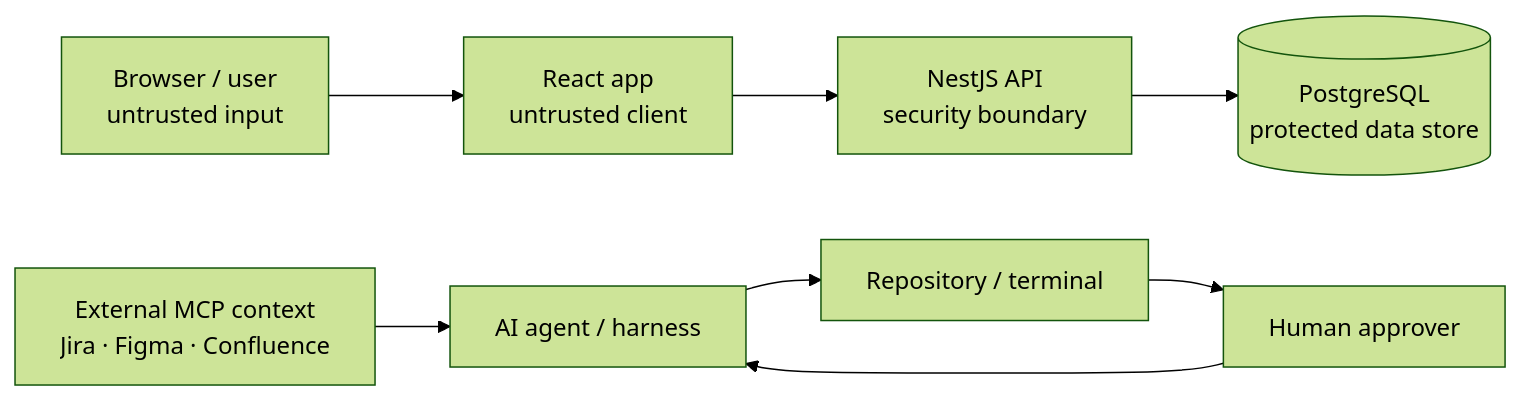
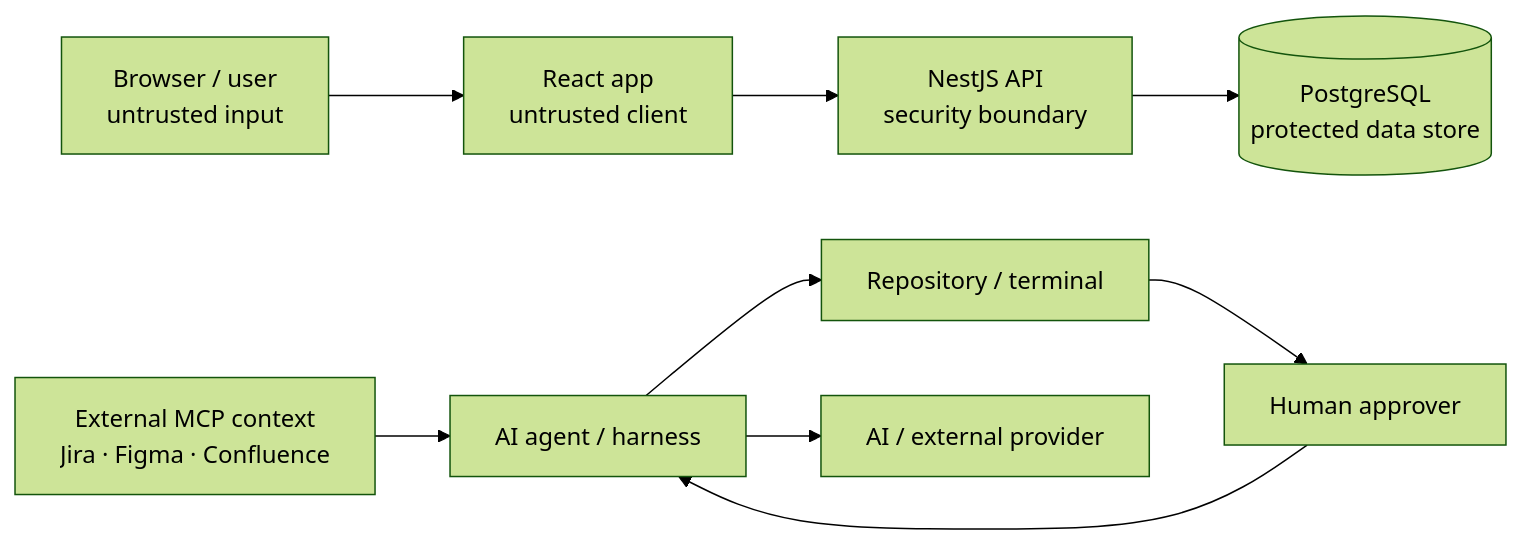
Before and after one commit to next-mmo/agent-full-stack-workflow: the diagram in docs/SECURITY_MODEL.md, drawn with Mermaid (forest theme). The commit also changed other lines of this file, not shown here.

````diff
--- a/docs/SECURITY_MODEL.md
+++ b/docs/SECURITY_MODEL.md
@@ -7,17 +9,19 @@
 ```mermaid
 flowchart LR
     User[Browser / user\nuntrusted input]
     Web[React app\nuntrusted client]
     API[NestJS API\nsecurity boundary]
     DB[(PostgreSQL\nprotected data store)]
 
     Agent[AI agent / harness]
     Repo[Repository / terminal]
     External[External MCP context\nJira · Figma · Confluence]
+    Provider[AI / external provider]
     Human[Human approver]
 
     User --> Web --> API --> DB
     External --> Agent --> Repo
+    Agent --> Provider
     Human --> Agent
     Repo --> Human
 ```
````
